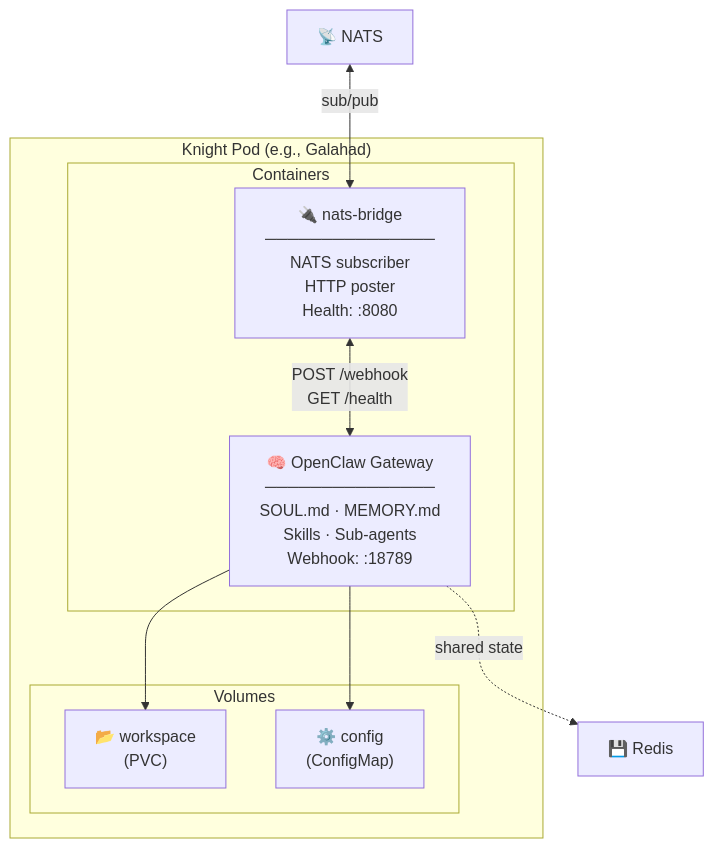
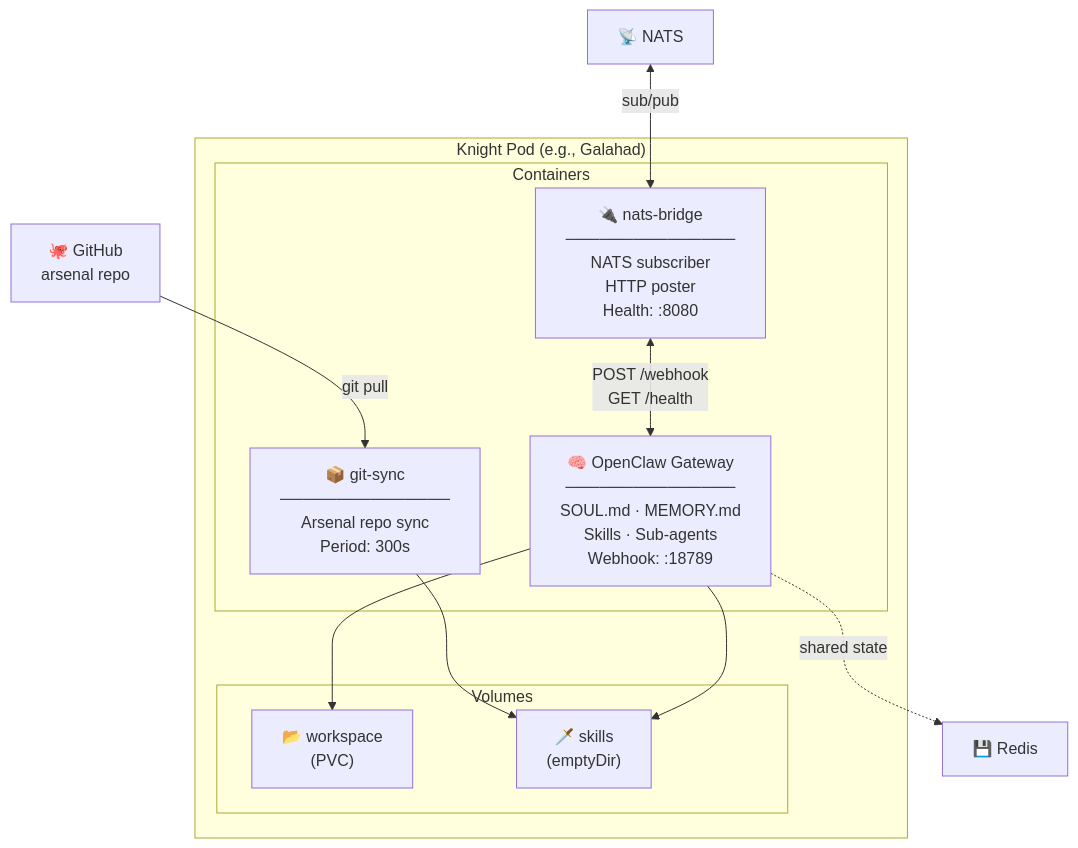
One commit to dapperdivers/roundtable changed the second of 6 diagrams in docs/architecture.md. Above: the diagram before and after it, drawn with Mermaid. The commit also changed other lines of this file and 2 other files, not shown here.

Commit message:
feat: three-container pod design with git-sync skill delivery
- Knight pods now have 3 containers: openclaw + nats-bridge + git-sync
- git-sync sidecar pulls skills from roundtable-arsenal repo every 5min
- Skills delivered via emptyDir volume, scoped per knight via SKILL_DOMAINS
- Deployment template updated with fleet-scoped env vars
- Architecture diagrams updated throughout
- Added arsenal repo link to components table

````diff
--- a/docs/architecture.md
+++ b/docs/architecture.md
@@ -65,19 +65,22 @@
 ```mermaid
 graph TB
     subgraph KnightPod["Knight Pod (e.g., Galahad)"]
         subgraph Containers["Containers"]
             OC["🧠 OpenClaw Gateway<br/>───────────────<br/>SOUL.md · MEMORY.md<br/>Skills · Sub-agents<br/>Webhook: :18789"]
             NB["🔌 nats-bridge<br/>───────────────<br/>NATS subscriber<br/>HTTP poster<br/>Health: :8080"]
+            GS["📦 git-sync<br/>───────────────<br/>Arsenal repo sync<br/>Period: 300s"]
         end
         subgraph Volumes["Volumes"]
             WS["📂 workspace<br/>(PVC)"]
-            CFG["⚙️ config<br/>(ConfigMap)"]
+            SK["🗡️ skills<br/>(emptyDir)"]
         end
     end
 
+    GH["🐙 GitHub<br/>arsenal repo"] -->|"git pull"| GS
+    GS --> SK
     NATS["📡 NATS"] <-->|"sub/pub"| NB
     NB <-->|"POST /webhook<br/>GET /health"| OC
     OC --> WS
-    OC --> CFG
+    OC --> SK
     OC -.->|"shared state"| Redis["💾 Redis"]
 ```
````
